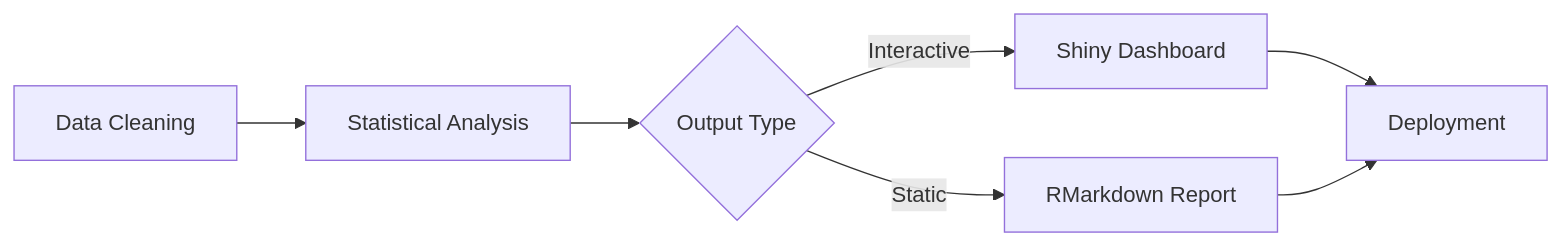
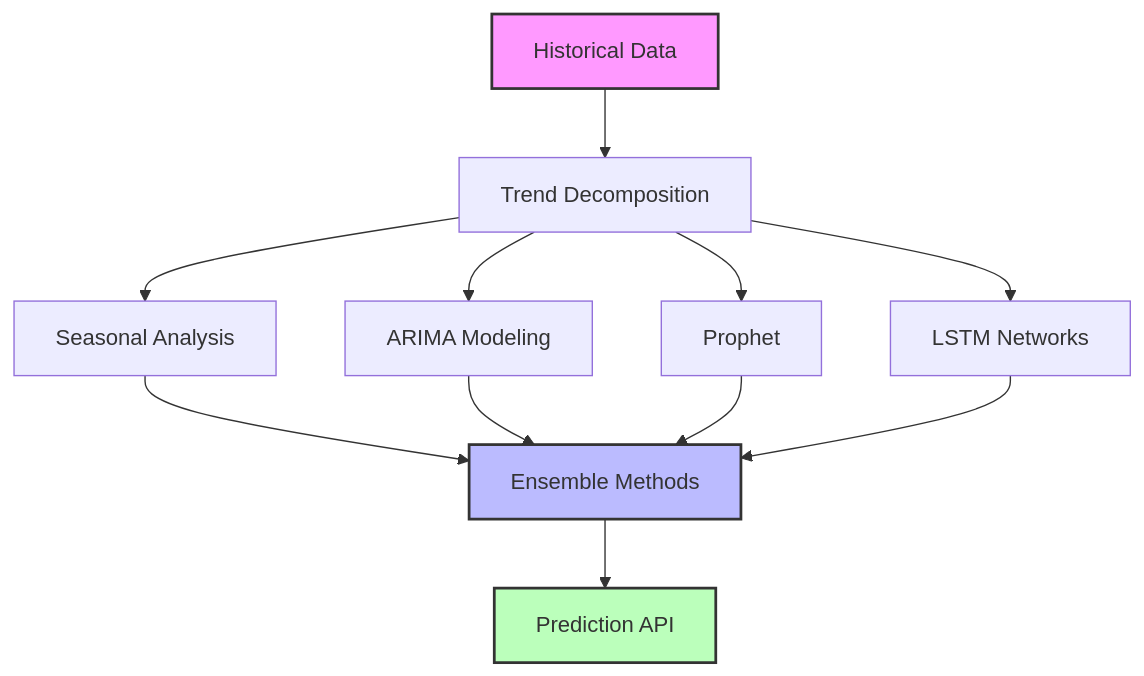
The third of 3 diagrams in README.md (joaquimtimoteo/joaquimtimoteo), drawn with Mermaid before and after one commit. The commit also changed other lines of this file, not shown here.

````diff
--- a/README.md
+++ b/README.md
@@ -64,9 +237,14 @@
 ```mermaid
-graph LR
-    A[Data Cleaning] --> B[Statistical Analysis]
-    B --> C{Output Type}
-    C -->|Interactive| D[Shiny Dashboard]
-    C -->|Static| E[RMarkdown Report]
-    D --> F[Deployment]
-    E --> F
+graph TD
+    A[Historical Data] --> B[Trend Decomposition]
+    B --> C[Seasonal Analysis]
+    B --> D[ARIMA Modeling]
+    B --> E[Prophet]
+    B --> F[LSTM Networks]
+    C & D & E & F --> G[Ensemble Methods]
+    G --> H[Prediction API]
+    
+    style A fill:#f9f,stroke:#333,stroke-width:2px
+    style G fill:#bbf,stroke:#333,stroke-width:2px
+    style H fill:#bfb,stroke:#333,stroke-width:2px
 ```
````
